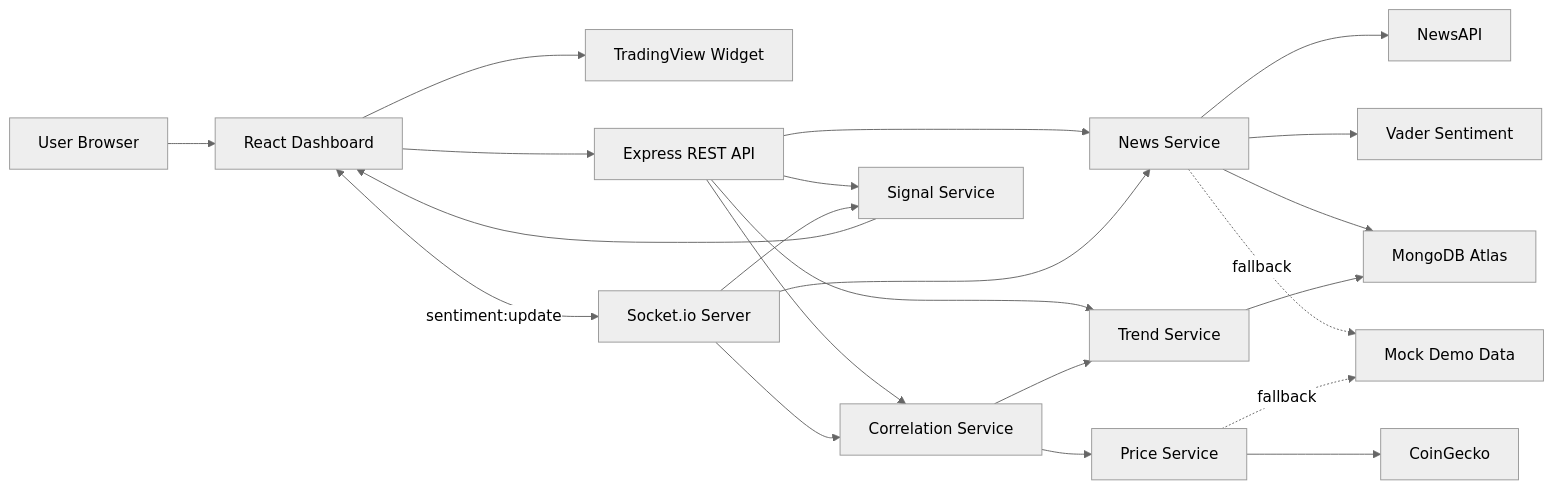
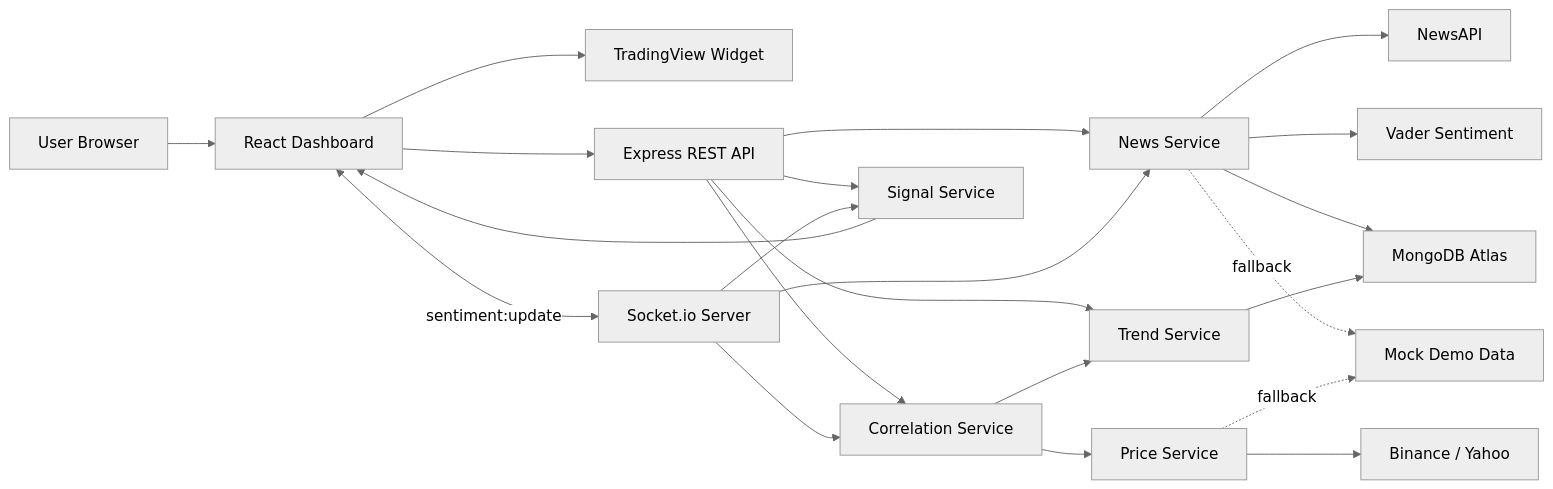
The first of 6 diagrams in README.md (Rudra-Singhal/Sentitrade), drawn with Mermaid (neutral theme) before and after one commit. The commit also changed other lines of this file and 11 other files, not shown here.

First line of the commit message:
feat(pricing): real market data - Binance (crypto) + Yahoo (equities)

````diff
--- a/README.md
+++ b/README.md
@@ -110,29 +110,29 @@
 ```mermaid
 flowchart LR
   User["User Browser"] --> React["React Dashboard"]
   React --> TV["TradingView Widget"]
   React --> API["Express REST API"]
   React <-->|"sentiment:update"| Socket["Socket.io Server"]
 
   API --> NewsSvc["News Service"]
   API --> TrendSvc["Trend Service"]
   API --> CorrSvc["Correlation Service"]
   API --> SignalSvc["Signal Service"]
 
   Socket --> NewsSvc
   Socket --> CorrSvc
   Socket --> SignalSvc
 
   NewsSvc --> NewsAPI["NewsAPI"]
   NewsSvc --> Vader["Vader Sentiment"]
   NewsSvc --> Mongo["MongoDB Atlas"]
 
   TrendSvc --> Mongo
   CorrSvc --> PriceSvc["Price Service"]
   CorrSvc --> TrendSvc
-  PriceSvc --> CoinGecko["CoinGecko"]
+  PriceSvc --> Binance["Binance / Yahoo"]
 
   NewsSvc -. "fallback" .-> Mock["Mock Demo Data"]
   PriceSvc -. "fallback" .-> Mock
   SignalSvc --> React
 ```
````
